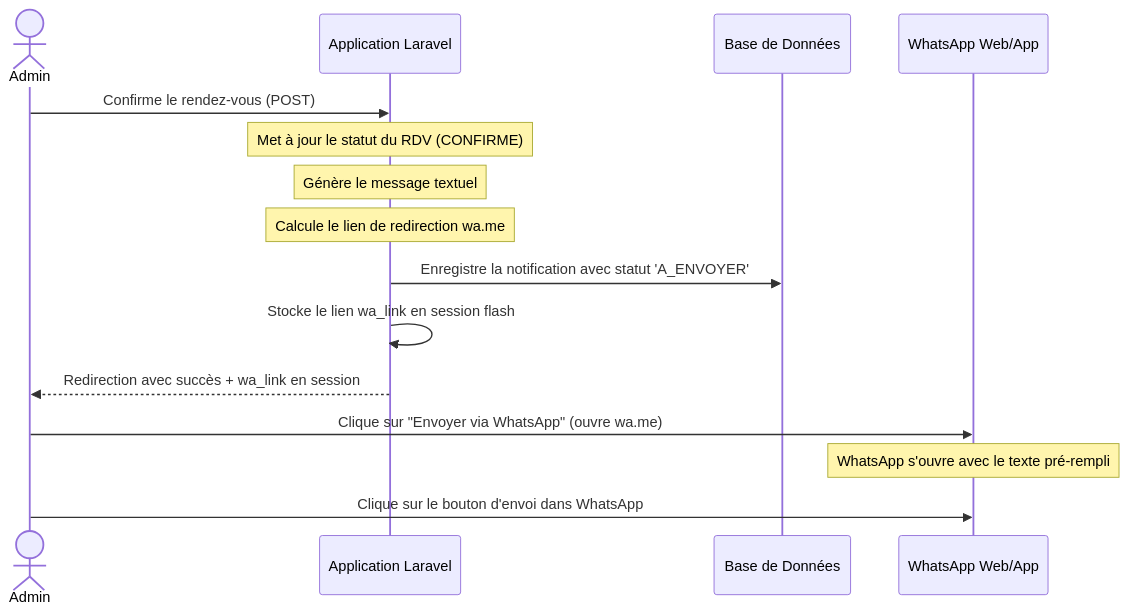
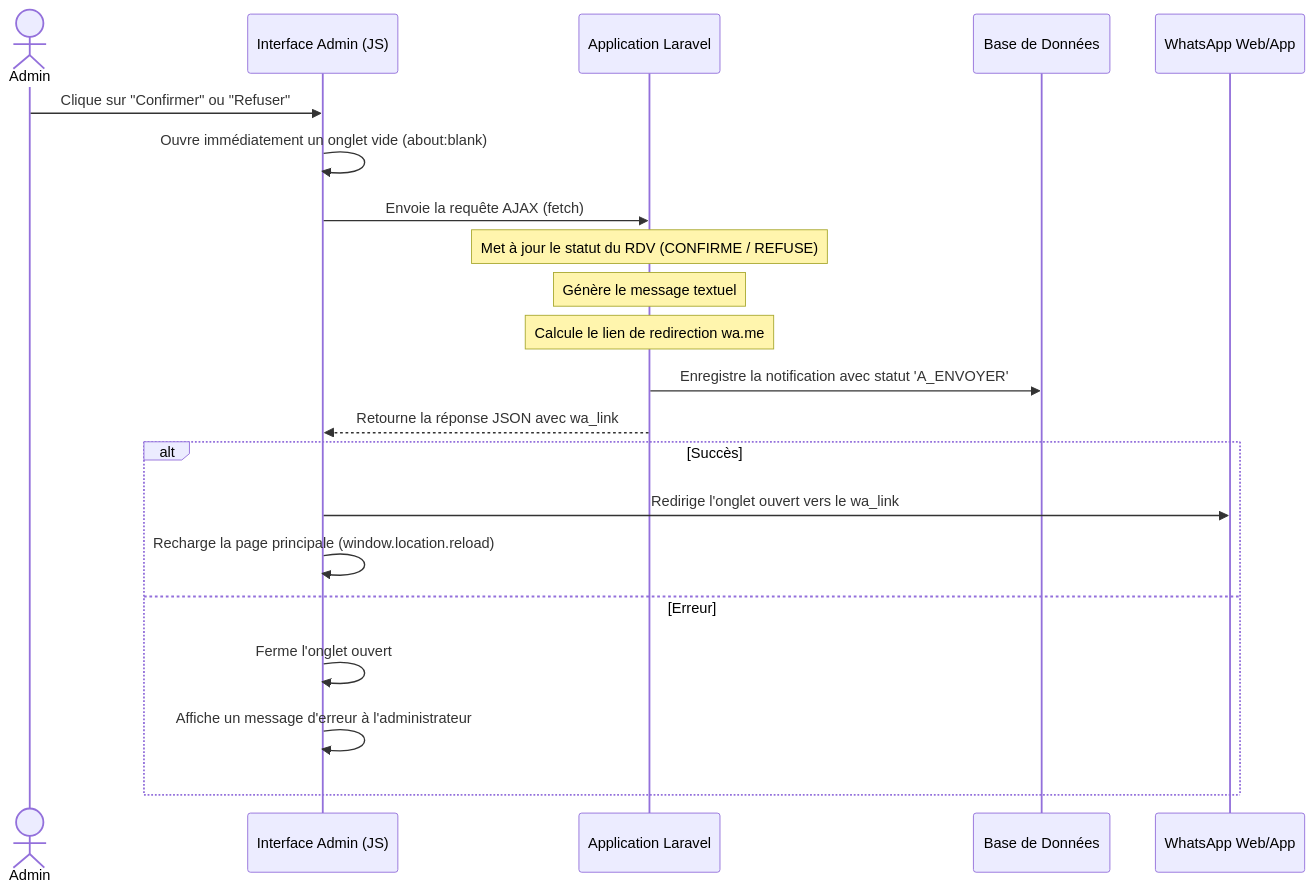
The diagram in features/whatsapp_manuel.md (mouhamadou-dioum/Smc_tailor), drawn with Mermaid before and after one commit. The commit also changed other lines of this file and 3 other files, not shown here.

````diff
--- a/features/whatsapp_manuel.md
+++ b/features/whatsapp_manuel.md
@@ -16,18 +16,24 @@
 ```mermaid
 sequenceDiagram
     actor Admin
+    participant Vue as Interface Admin (JS)
     participant Serveur as Application Laravel
     participant DB as Base de Données
     participant WA as WhatsApp Web/App
 
-    Admin->>Serveur: Confirme le rendez-vous (POST)
-    Note over Serveur: Met à jour le statut du RDV (CONFIRME)
+    Admin->>Vue: Clique sur "Confirmer" ou "Refuser"
+    Vue->>Vue: Ouvre immédiatement un onglet vide (about:blank)
+    Vue->>Serveur: Envoie la requête AJAX (fetch)
+    Note over Serveur: Met à jour le statut du RDV (CONFIRME / REFUSE)
     Note over Serveur: Génère le message textuel
     Note over Serveur: Calcule le lien de redirection wa.me
     Serveur->>DB: Enregistre la notification avec statut 'A_ENVOYER'
-    Serveur->>Serveur: Stocke le lien wa_link en session flash
-    Serveur-->>Admin: Redirection avec succès + wa_link en session
-    Admin->>WA: Clique sur "Envoyer via WhatsApp" (ouvre wa.me)
-    Note over WA: WhatsApp s'ouvre avec le texte pré-rempli
-    Admin->>WA: Clique sur le bouton d'envoi dans WhatsApp
+    Serveur-->>Vue: Retourne la réponse JSON avec wa_link
+    alt Succès
+        Vue->>WA: Redirige l'onglet ouvert vers le wa_link
+        Vue->>Vue: Recharge la page principale (window.location.reload)
+    else Erreur
+        Vue->>Vue: Ferme l'onglet ouvert
+        Vue->>Vue: Affiche un message d'erreur à l'administrateur
+    end
 ```
````
